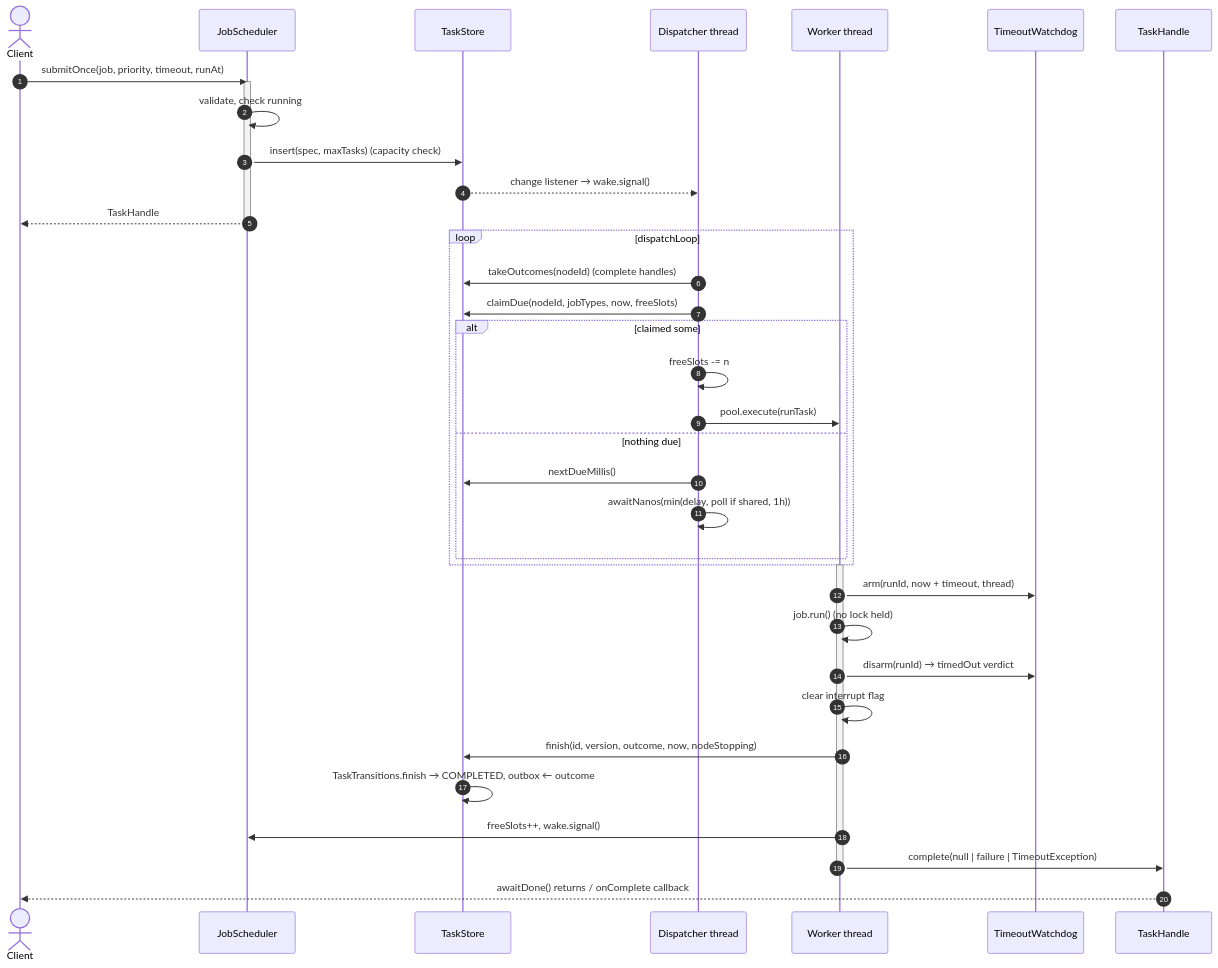
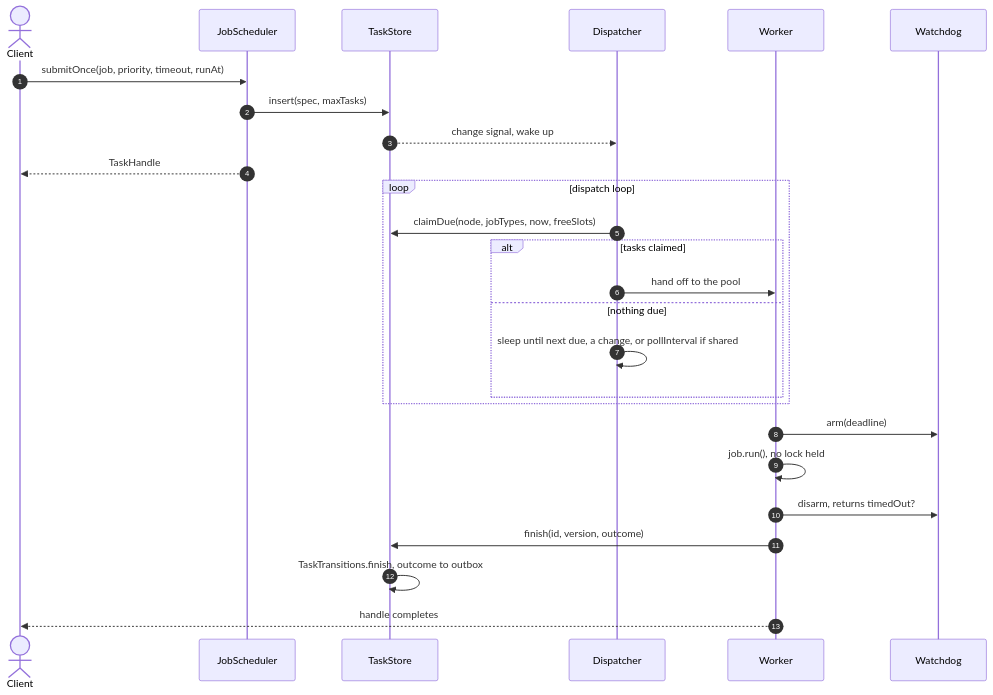
Before and after one commit to deyindra/System_Design: the sixth of 9 diagrams in scheduler/README.md, drawn with Mermaid. The commit also changed other lines of this file and 4 other files, not shown here.

````diff
--- a/scheduler/README.md
+++ b/scheduler/README.md
@@ -579,43 +442,29 @@
 ```mermaid
 sequenceDiagram
     autonumber
     actor C as Client
     participant S as JobScheduler
     participant ST as TaskStore
-    participant D as Dispatcher thread
-    participant W as Worker thread
-    participant WD as TimeoutWatchdog
-    participant H as TaskHandle
+    participant D as Dispatcher
+    participant W as Worker
+    participant WD as Watchdog
 
     C->>S: submitOnce(job, priority, timeout, runAt)
-    activate S
-    S->>S: validate, check running
-    S->>ST: insert(spec, maxTasks)  (capacity check)
-    ST-->>D: change listener → wake.signal()
+    S->>ST: insert(spec, maxTasks)
+    ST-->>D: change signal, wake up
     S-->>C: TaskHandle
-    deactivate S
-
-    loop dispatchLoop
-        D->>ST: takeOutcomes(nodeId)  (complete handles)
-        D->>ST: claimDue(nodeId, jobTypes, now, freeSlots)
-        alt claimed some
-            D->>D: freeSlots -= n
-            D->>W: pool.execute(runTask)
+    loop dispatch loop
+        D->>ST: claimDue(node, jobTypes, now, freeSlots)
+        alt tasks claimed
+            D->>W: hand off to the pool
         else nothing due
-            D->>ST: nextDueMillis()
-            D->>D: awaitNanos(min(delay, poll if shared, 1h))
+            D->>D: sleep until next due, a change, or pollInterval if shared
         end
     end
-
-    activate W
-    W->>WD: arm(runId, now + timeout, thread)
-    W->>W: job.run()  (no lock held)
-    W->>WD: disarm(runId) → timedOut verdict
-    W->>W: clear interrupt flag
-    W->>ST: finish(id, version, outcome, now, nodeStopping)
-    ST->>ST: TaskTransitions.finish → COMPLETED, outbox ← outcome
-    W->>S: freeSlots++, wake.signal()
-    W->>H: complete(null | failure | TimeoutException)
-    deactivate W
-    H-->>C: awaitDone() returns / onComplete callback
+    W->>WD: arm(deadline)
+    W->>W: job.run(), no lock held
+    W->>WD: disarm, returns timedOut?
+    W->>ST: finish(id, version, outcome)
+    ST->>ST: TaskTransitions.finish, outcome to outbox
+    W-->>C: handle completes
 ```
````
